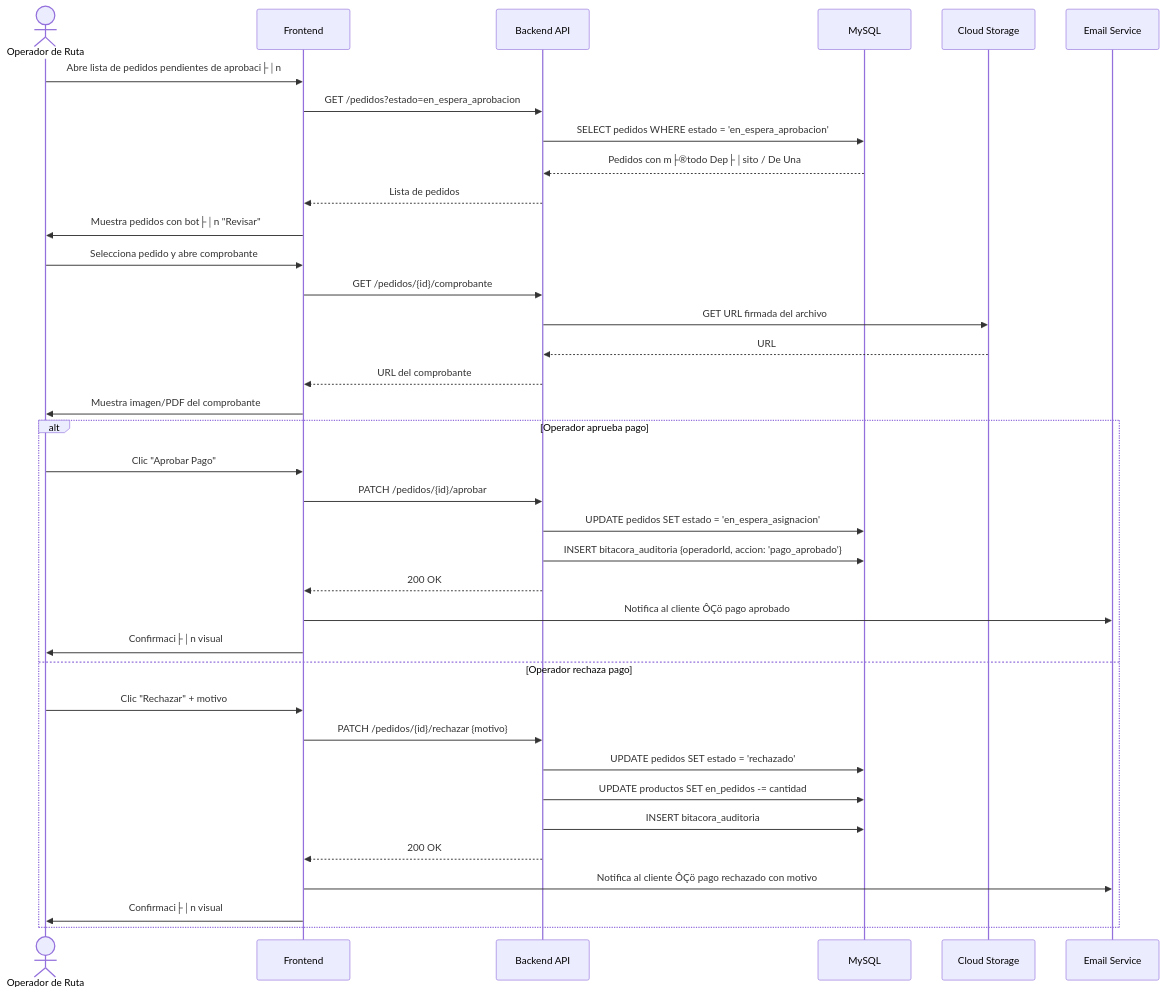
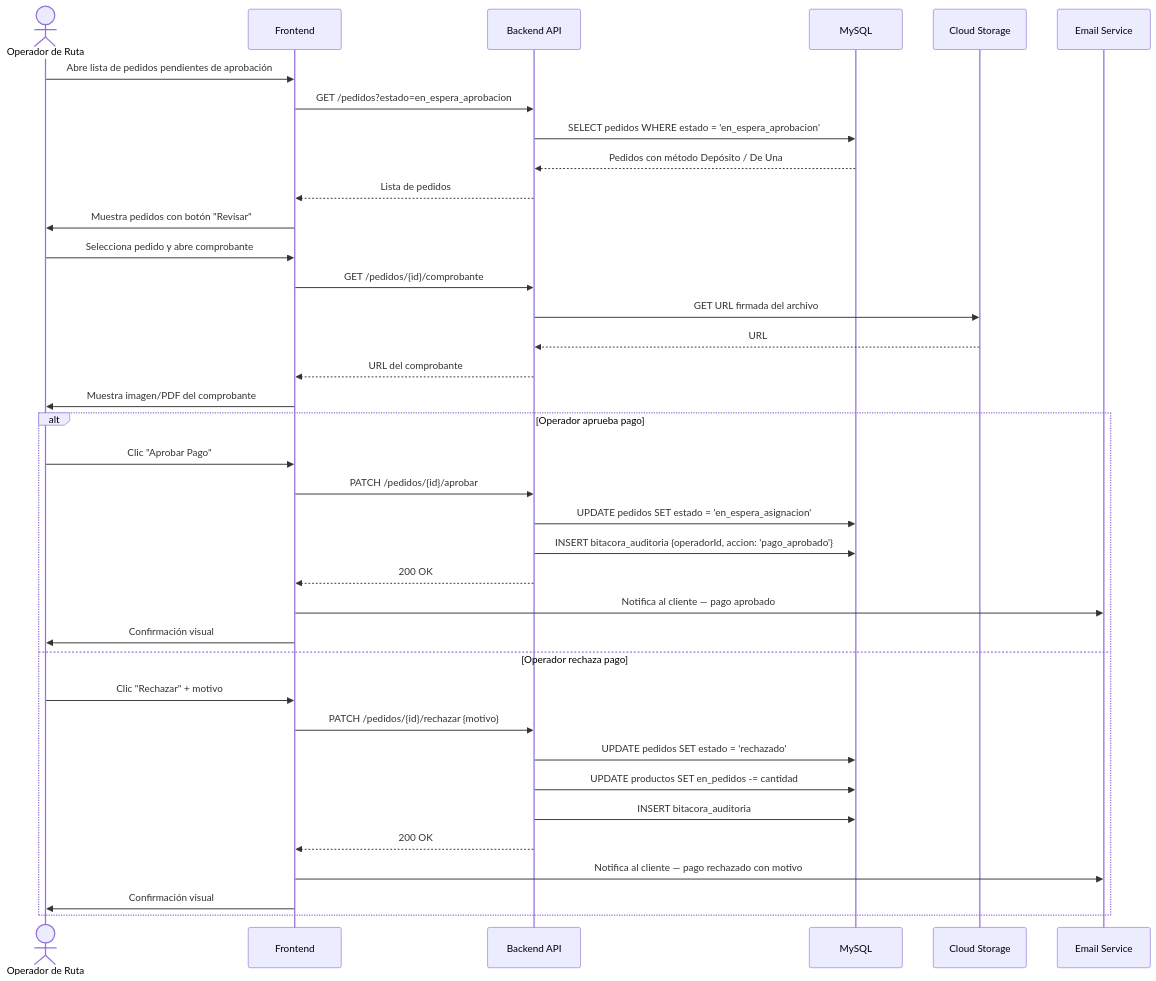
The sixth of 23 diagrams in docs/especificacion.md (UNIPI6TO/PI-ECOMMERCE-FRITOLAY), drawn with Mermaid before and after one commit. The commit also changed other lines of this file, not shown here.

````diff
--- a/docs/especificacion.md
+++ b/docs/especificacion.md
@@ -1062,42 +1062,42 @@
 ```mermaid
 sequenceDiagram
     actor Operador as Operador de Ruta
     participant FE as Frontend
     participant API as Backend API
     participant DB as MySQL
     participant GCS as Cloud Storage
     participant Email as Email Service
 
-    Operador->>FE: Abre lista de pedidos pendientes de aprobaci├│n
+    Operador->>FE: Abre lista de pedidos pendientes de aprobación
     FE->>API: GET /pedidos?estado=en_espera_aprobacion
     API->>DB: SELECT pedidos WHERE estado = 'en_espera_aprobacion'
-    DB-->>API: Pedidos con m├®todo Dep├│sito / De Una
+    DB-->>API: Pedidos con método Depósito / De Una
     API-->>FE: Lista de pedidos
-    FE->>Operador: Muestra pedidos con bot├│n "Revisar"
+    FE->>Operador: Muestra pedidos con botón "Revisar"
 
     Operador->>FE: Selecciona pedido y abre comprobante
     FE->>API: GET /pedidos/{id}/comprobante
     API->>GCS: GET URL firmada del archivo
     GCS-->>API: URL
     API-->>FE: URL del comprobante
     FE->>Operador: Muestra imagen/PDF del comprobante
 
     alt Operador aprueba pago
         Operador->>FE: Clic "Aprobar Pago"
         FE->>API: PATCH /pedidos/{id}/aprobar
         API->>DB: UPDATE pedidos SET estado = 'en_espera_asignacion'
         API->>DB: INSERT bitacora_auditoria {operadorId, accion: 'pago_aprobado'}
         API-->>FE: 200 OK
-        FE->>Email: Notifica al cliente ÔÇö pago aprobado
-        FE->>Operador: Confirmaci├│n visual
+        FE->>Email: Notifica al cliente — pago aprobado
+        FE->>Operador: Confirmación visual
     else Operador rechaza pago
         Operador->>FE: Clic "Rechazar" + motivo
         FE->>API: PATCH /pedidos/{id}/rechazar {motivo}
         API->>DB: UPDATE pedidos SET estado = 'rechazado'
         API->>DB: UPDATE productos SET en_pedidos -= cantidad
         API->>DB: INSERT bitacora_auditoria
         API-->>FE: 200 OK
-        FE->>Email: Notifica al cliente ÔÇö pago rechazado con motivo
-        FE->>Operador: Confirmaci├│n visual
+        FE->>Email: Notifica al cliente — pago rechazado con motivo
+        FE->>Operador: Confirmación visual
     end
 ```
````
